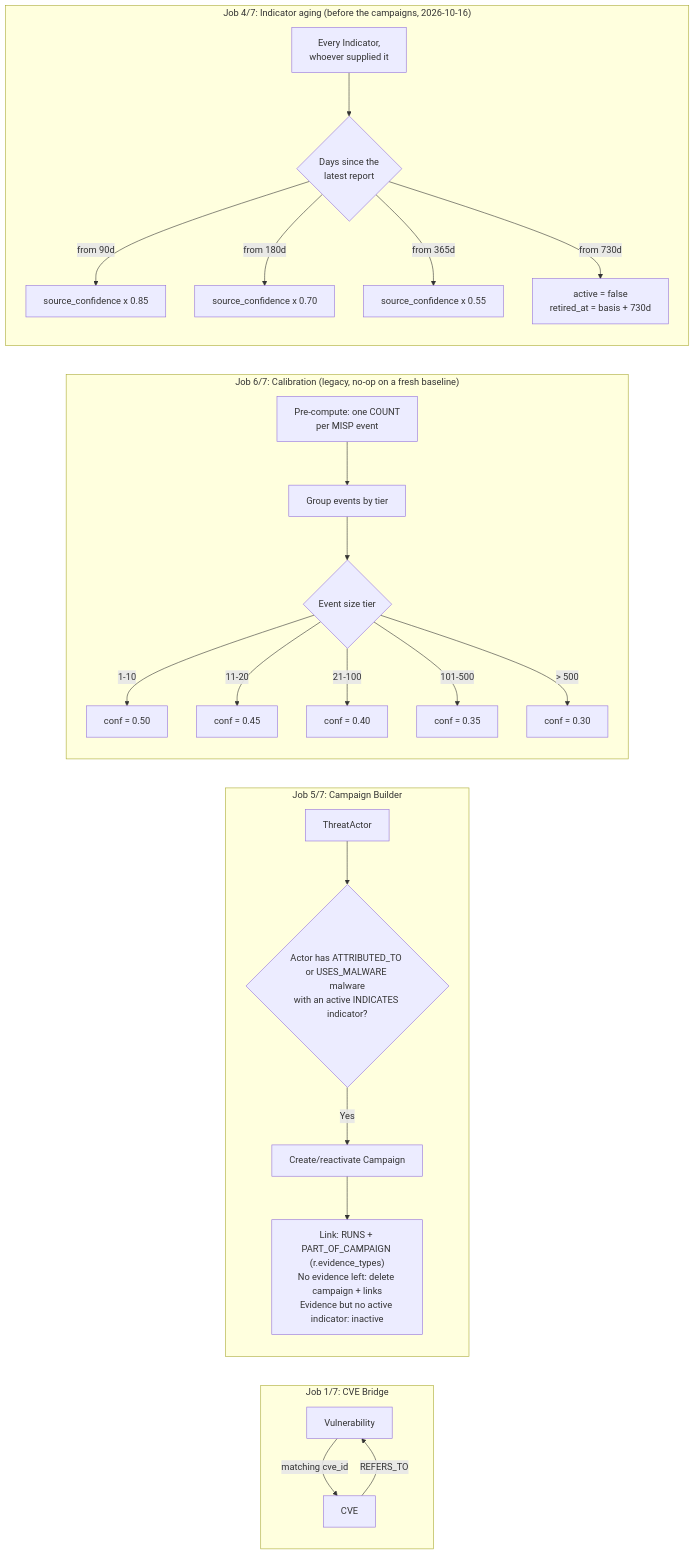
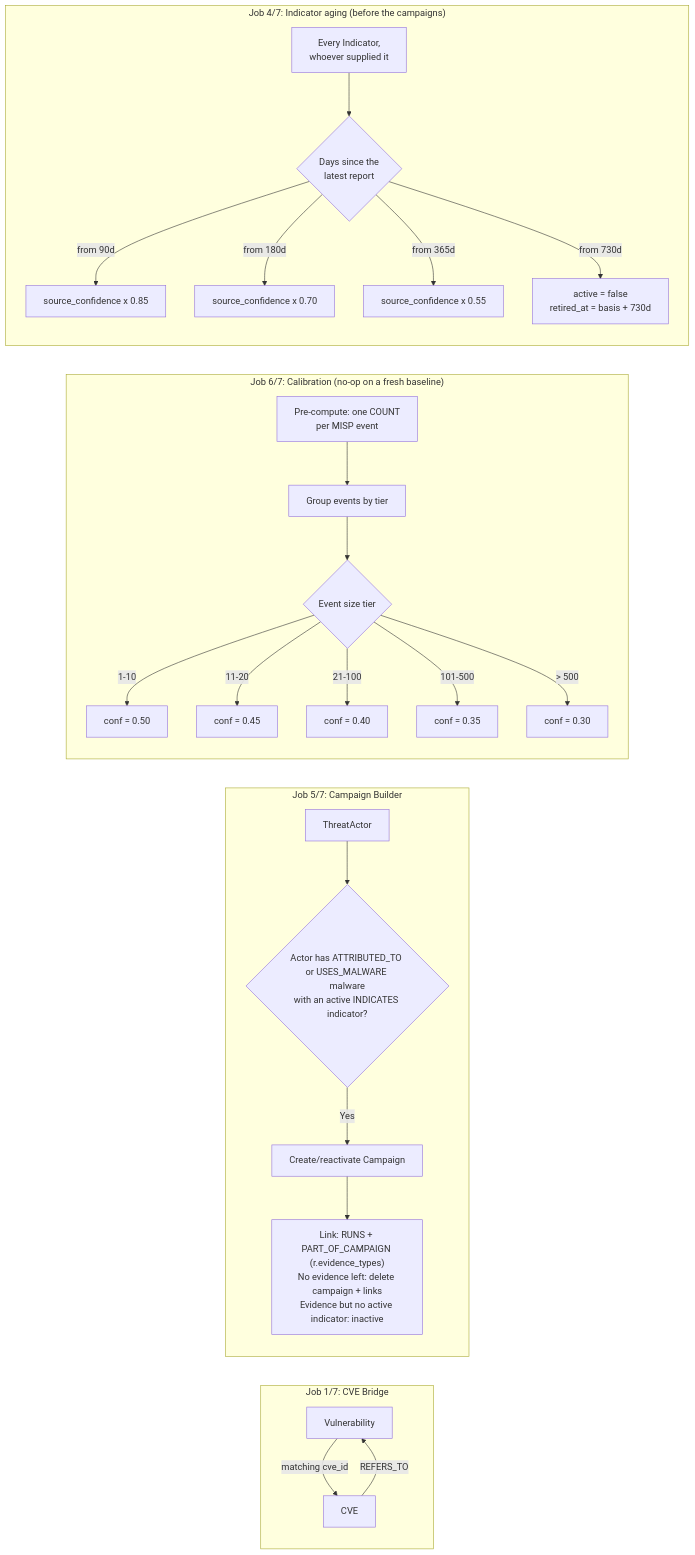
One commit to Kopanov/EdgeGuard-Knowledge-Graph changed the eighth of 8 diagrams in docs/ARCHITECTURE_DIAGRAMS.md. Above: the diagram before and after it, drawn with Mermaid. The commit also changed other lines of this file and 3 other files, not shown here.

First line of the commit message:
docs(architecture): describe the architecture documents as current behaviour; history at the end

````diff
--- a/docs/ARCHITECTURE_DIAGRAMS.md
+++ b/docs/ARCHITECTURE_DIAGRAMS.md
@@ -302,31 +298,31 @@
 ```mermaid
 flowchart LR
     subgraph "Job 1/7: CVE Bridge"
         BR1[Vulnerability] -->|matching cve_id| BR2[CVE]
         BR2 -->|REFERS_TO| BR1
     end
 
     subgraph "Job 5/7: Campaign Builder"
         CB1[ThreatActor] --> CB2{"Actor has ATTRIBUTED_TO or USES_MALWARE malware<br/>with an active INDICATES indicator?"}
         CB2 -->|Yes| CB3[Create/reactivate Campaign]
         CB3 --> CB4["Link: RUNS + PART_OF_CAMPAIGN (r.evidence_types)<br/>No evidence left: delete campaign + links<br/>Evidence but no active indicator: inactive"]
     end
 
-    subgraph "Job 6/7: Calibration (legacy, no-op on a fresh baseline)"
+    subgraph "Job 6/7: Calibration (no-op on a fresh baseline)"
         CAL0[Pre-compute: one COUNT<br/>per MISP event] --> CAL1[Group events by tier]
         CAL1 --> CAL2{Event size tier}
         CAL2 -->|1-10| CAL3[conf = 0.50]
         CAL2 -->|11-20| CAL3b[conf = 0.45]
         CAL2 -->|21-100| CAL4[conf = 0.40]
         CAL2 -->|101-500| CAL5[conf = 0.35]
         CAL2 -->|> 500| CAL6[conf = 0.30]
     end
 
-    subgraph "Job 4/7: Indicator aging (before the campaigns, 2026-10-16)"
+    subgraph "Job 4/7: Indicator aging (before the campaigns)"
         D1[Every Indicator,<br/>whoever supplied it] --> D2{Days since the<br/>latest report}
         D2 -->|from 90d| D3[source_confidence x 0.85]
         D2 -->|from 180d| D4[source_confidence x 0.70]
         D2 -->|from 365d| D6[source_confidence x 0.55]
         D2 -->|from 730d| D5[active = false<br/>retired_at = basis + 730d]
     end
 ```
````
